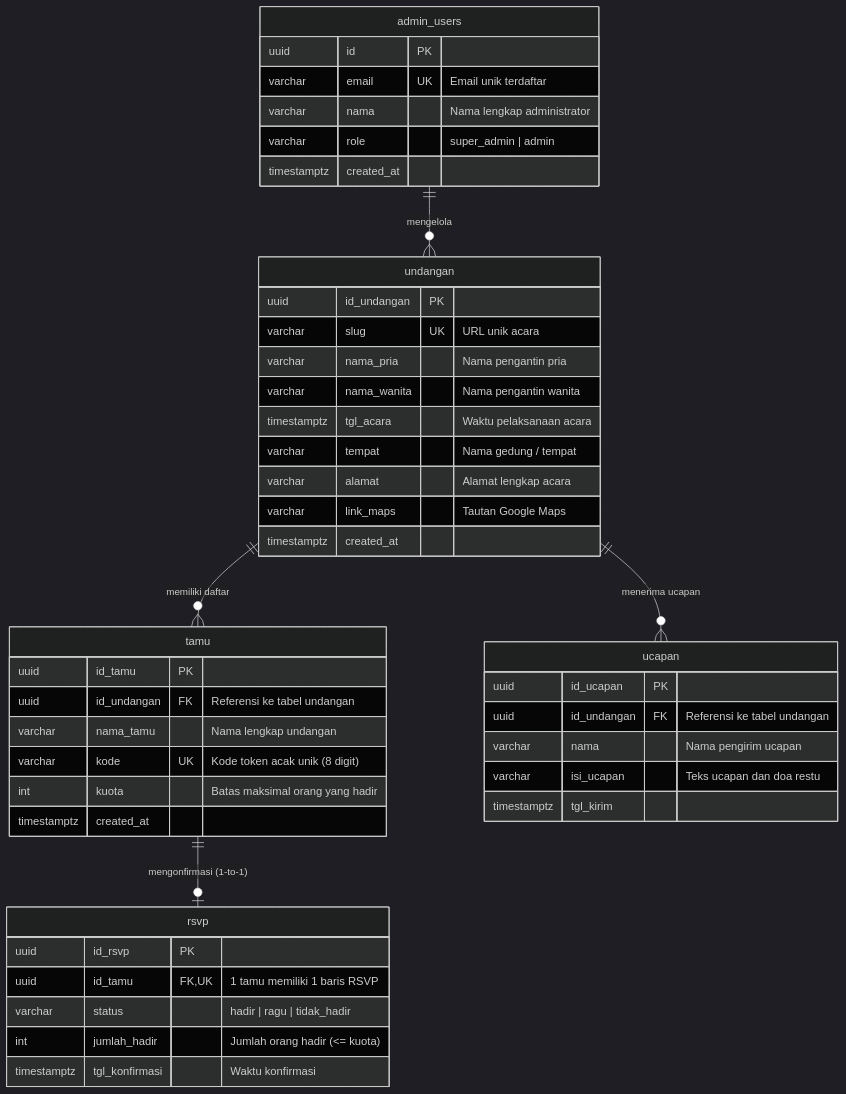
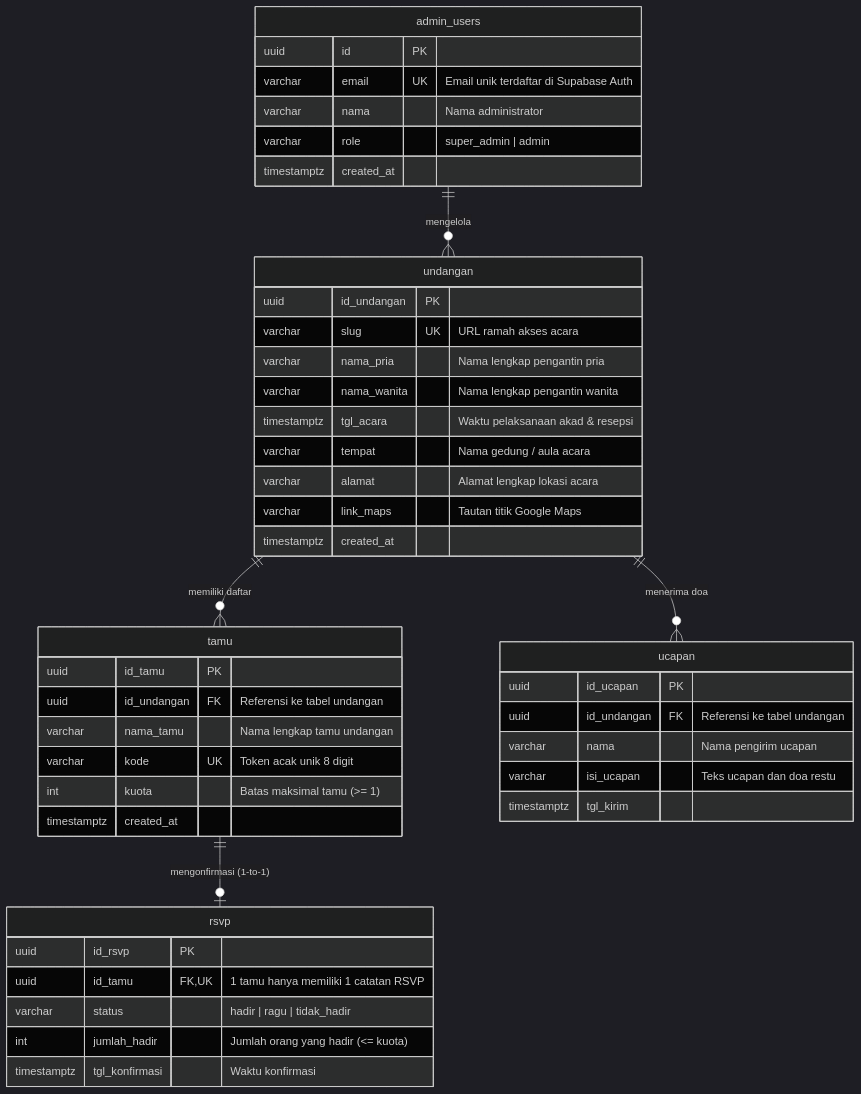
Before and after one commit to fortin0o/Digital_Invitation: the third of 3 diagrams in README.md, drawn with Mermaid (dark theme). The commit also changed other lines of this file and 7 other files, not shown here.

````diff
--- a/README.md
+++ b/README.md
@@ -177,52 +224,52 @@
 ```mermaid
 erDiagram
     undangan ||--o{ tamu : "memiliki daftar"
-    undangan ||--o{ ucapan : "menerima ucapan"
+    undangan ||--o{ ucapan : "menerima doa"
     tamu ||--o| rsvp : "mengonfirmasi (1-to-1)"
     admin_users ||--o{ undangan : "mengelola"
 
     undangan {
         uuid id_undangan PK
-        varchar slug UK "URL unik acara"
-        varchar nama_pria "Nama pengantin pria"
-        varchar nama_wanita "Nama pengantin wanita"
-        timestamptz tgl_acara "Waktu pelaksanaan acara"
-        varchar tempat "Nama gedung / tempat"
-        varchar alamat "Alamat lengkap acara"
-        varchar link_maps "Tautan Google Maps"
+        varchar slug UK "URL ramah akses acara"
+        varchar nama_pria "Nama lengkap pengantin pria"
+        varchar nama_wanita "Nama lengkap pengantin wanita"
+        timestamptz tgl_acara "Waktu pelaksanaan akad & resepsi"
+        varchar tempat "Nama gedung / aula acara"
+        varchar alamat "Alamat lengkap lokasi acara"
+        varchar link_maps "Tautan titik Google Maps"
         timestamptz created_at
     }
 
     tamu {
         uuid id_tamu PK
         uuid id_undangan FK "Referensi ke tabel undangan"
-        varchar nama_tamu "Nama lengkap undangan"
-        varchar kode UK "Kode token acak unik (8 digit)"
-        int kuota "Batas maksimal orang yang hadir"
+        varchar nama_tamu "Nama lengkap tamu undangan"
+        varchar kode UK "Token acak unik 8 digit"
+        int kuota "Batas maksimal tamu (>= 1)"
         timestamptz created_at
     }
 
     rsvp {
         uuid id_rsvp PK
-        uuid id_tamu FK, UK "1 tamu memiliki 1 baris RSVP"
+        uuid id_tamu FK, UK "1 tamu hanya memiliki 1 catatan RSVP"
         varchar status "hadir | ragu | tidak_hadir"
-        int jumlah_hadir "Jumlah orang hadir (<= kuota)"
+        int jumlah_hadir "Jumlah orang yang hadir (<= kuota)"
         timestamptz tgl_konfirmasi "Waktu konfirmasi"
     }
 
     ucapan {
         uuid id_ucapan PK
         uuid id_undangan FK "Referensi ke tabel undangan"
         varchar nama "Nama pengirim ucapan"
         varchar isi_ucapan "Teks ucapan dan doa restu"
         timestamptz tgl_kirim
     }
 
     admin_users {
         uuid id PK
-        varchar email UK "Email unik terdaftar"
-        varchar nama "Nama lengkap administrator"
+        varchar email UK "Email unik terdaftar di Supabase Auth"
+        varchar nama "Nama administrator"
         varchar role "super_admin | admin"
         timestamptz created_at
     }
 ```
````
